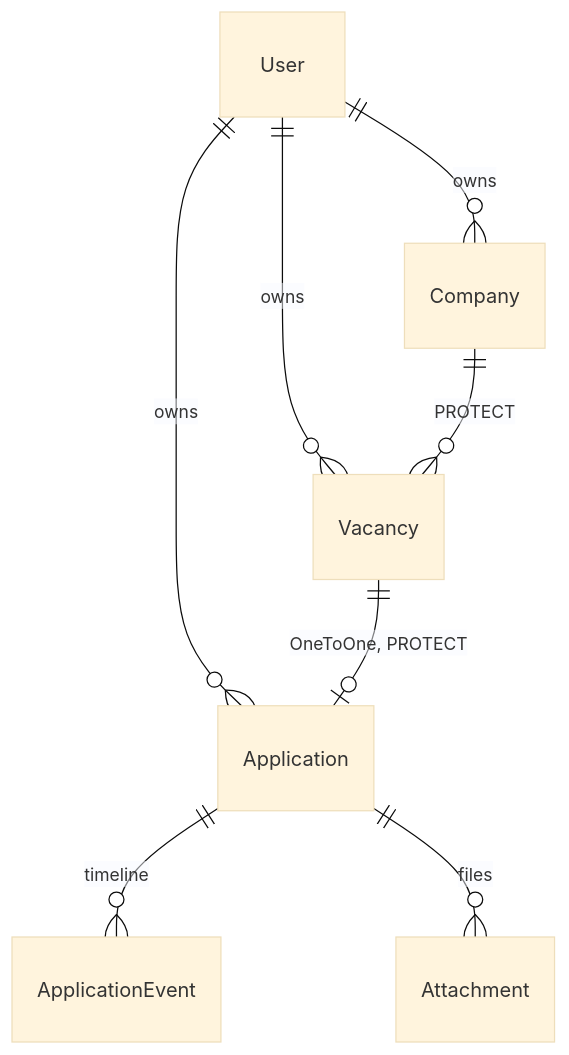
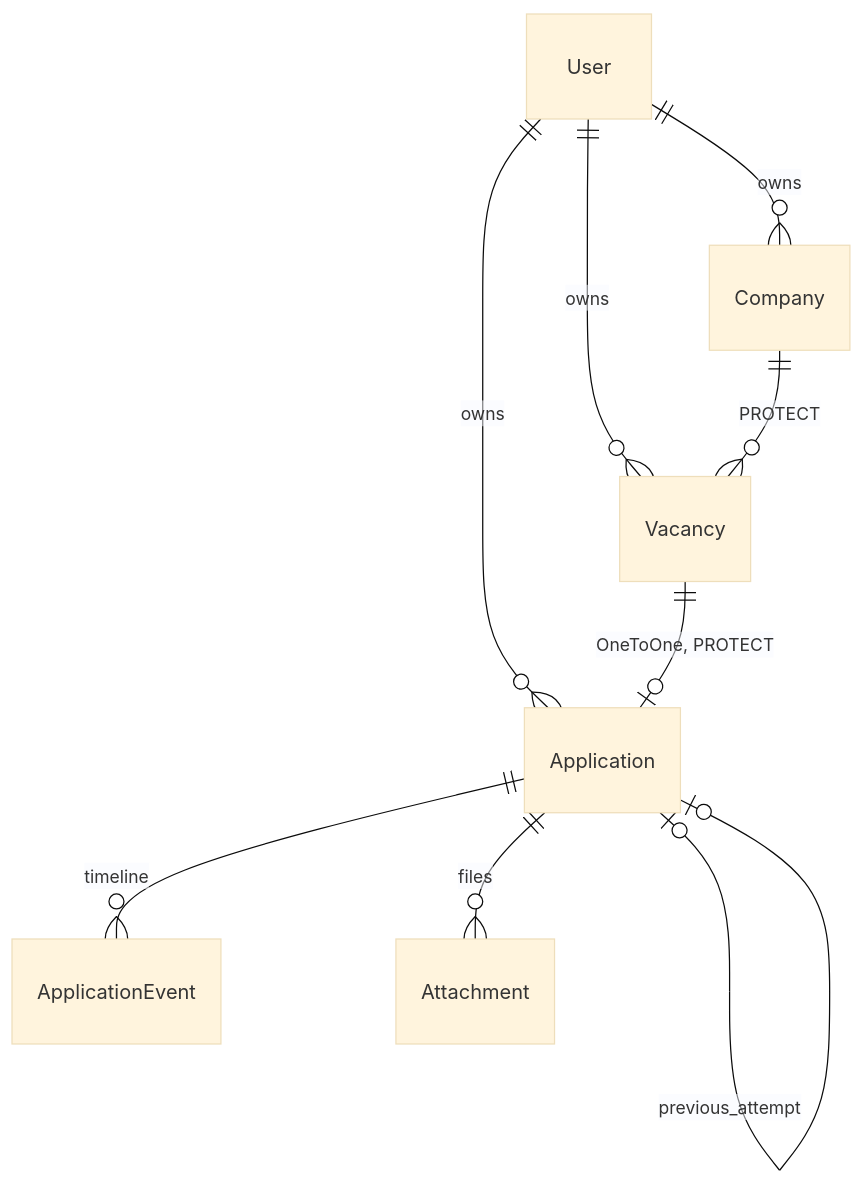
Before and after one commit to OleksiiShcherbynin/job-apply-tracker: the diagram in docs/architecture.md, drawn with Mermaid (base theme). The commit also changed other lines of this file and 1 other file, not shown here.

Commit message:
docs: architecture for Stage 2 Part A — ingest API, inbox views, deployment

````diff
--- a/docs/architecture.md
+++ b/docs/architecture.md
@@ -19,10 +21,11 @@
 ```mermaid
 erDiagram
     User ||--o{ Company : owns
     User ||--o{ Vacancy : owns
     User ||--o{ Application : owns
     Company ||--o{ Vacancy : "PROTECT"
     Vacancy ||--o| Application : "OneToOne, PROTECT"
     Application ||--o{ ApplicationEvent : "timeline"
     Application ||--o{ Attachment : "files"
+    Application |o--o| Application : "previous_attempt"
 ```
````
